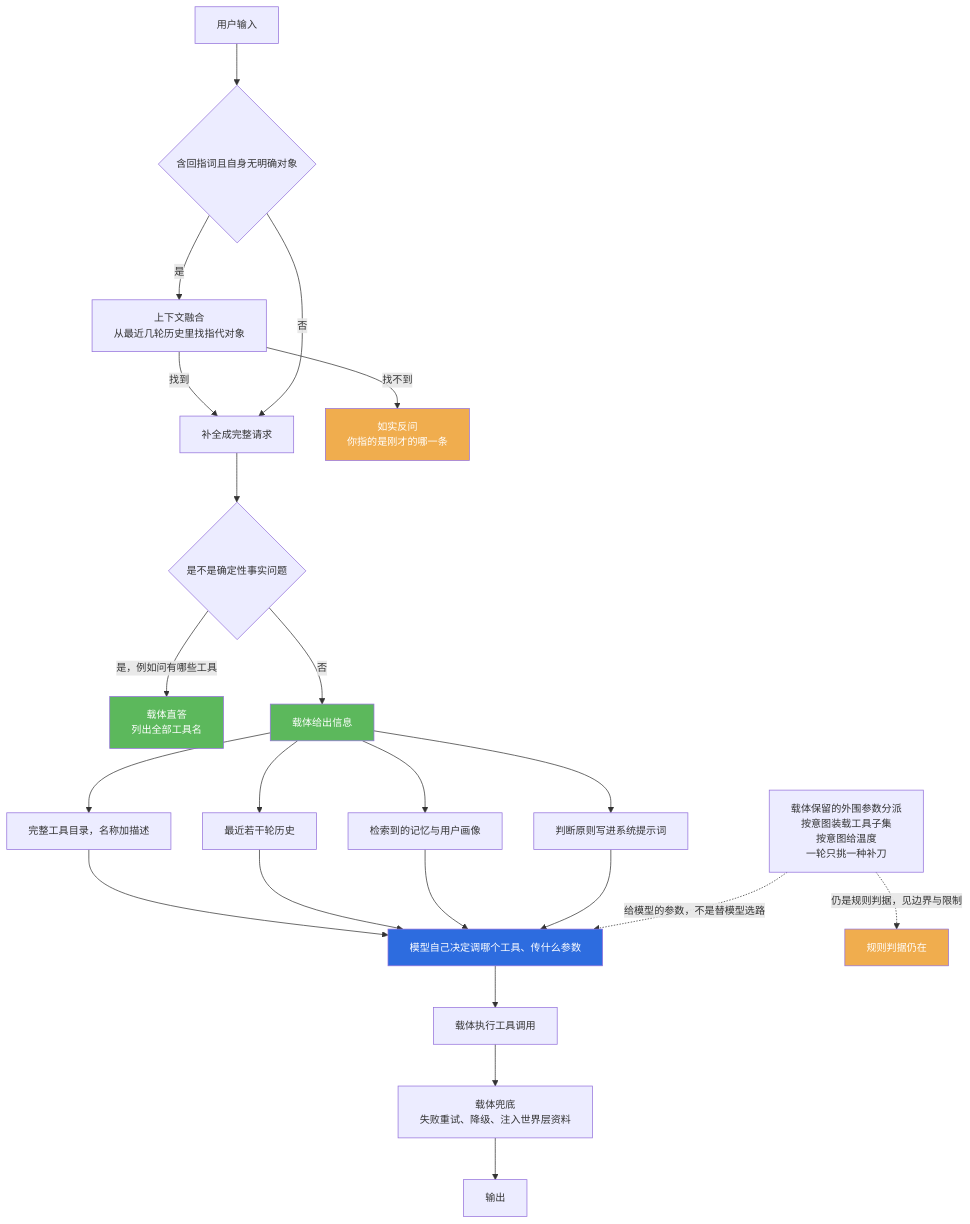
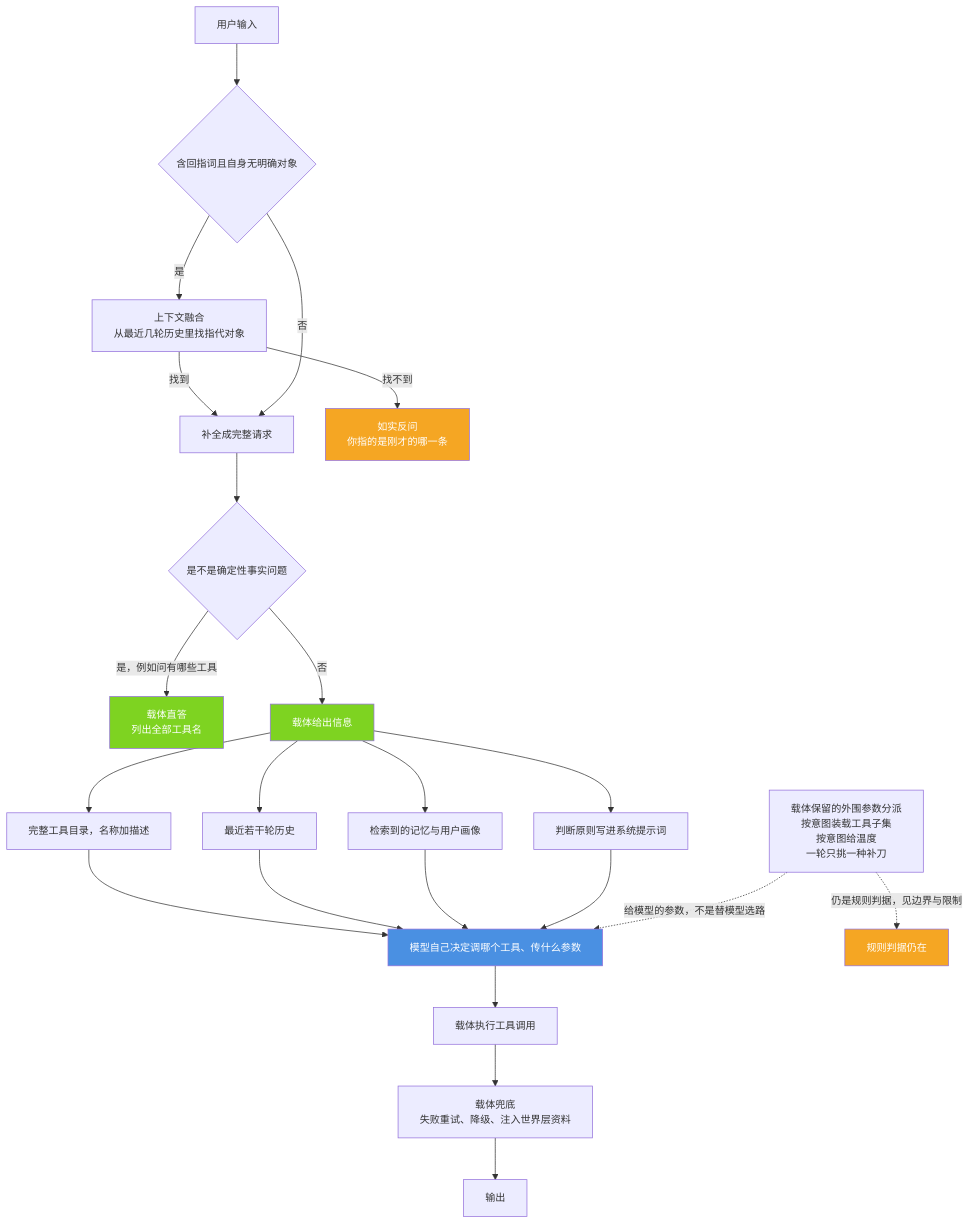
Before and after one commit to jiangchuangege/xiaojiao-harnees: the seventh of 9 diagrams in docs/modules/11-post-chapters.md, drawn with Mermaid. The commit also changed other lines of this file and 32 other files, not shown here.

Commit message:
统一：全仓原理图配色到一套调色板 + 给 12 张灰图补色 + 修正自己会睡那张过期图

````diff
--- a/docs/modules/11-post-chapters.md
+++ b/docs/modules/11-post-chapters.md
@@ -1177,35 +1177,35 @@
 ```mermaid
 %%{init: {"themeVariables": {"fontSize": "14px"}, "flowchart": {"htmlLabels": true, "wrappingWidth": 330, "nodeSpacing": 44, "rankSpacing": 58, "useMaxWidth": true}}}%%
 flowchart TB
     U["用户输入"] --> FUSE{"含回指词且自身无明确对象"}
     FUSE -->|"是"| MERGE["上下文融合<br/>从最近几轮历史里找指代对象"]
     MERGE -->|"找到"| FULL["补全成完整请求"]
     MERGE -->|"找不到"| ASK["如实反问<br/>你指的是刚才的哪一条"]
     FUSE -->|"否"| FULL
 
     FULL --> SHORT{"是不是确定性事实问题"}
     SHORT -->|"是，例如问有哪些工具"| DIRECT["载体直答<br/>列出全部工具名"]
     SHORT -->|"否"| GIVE["载体给出信息"]
 
     GIVE --> G1["完整工具目录，名称加描述"]
     GIVE --> G2["最近若干轮历史"]
     GIVE --> G3["检索到的记忆与用户画像"]
     GIVE --> G4["判断原则写进系统提示词"]
 
     G1 --> MODEL["模型自己决定调哪个工具、传什么参数"]
     G2 --> MODEL
     G3 --> MODEL
     G4 --> MODEL
 
     MODEL --> EXEC["载体执行工具调用"]
     EXEC --> FALL["载体兜底<br/>失败重试、降级、注入世界层资料"]
     FALL --> OUT["输出"]
 
     AUX["载体保留的外围参数分派<br/>按意图装载工具子集<br/>按意图给温度<br/>一轮只挑一种补刀"] -.->|"给模型的参数，不是替模型选路"| MODEL
     AUX -.->|"仍是规则判据，见边界与限制"| AUXN["规则判据仍在"]
-    style MODEL fill:#2d6cdf,color:#fff
-    style GIVE fill:#5cb85c,color:#fff
-    style DIRECT fill:#5cb85c,color:#fff
-    style ASK fill:#f0ad4e,color:#fff
-    style AUXN fill:#f0ad4e,color:#fff
+    style MODEL fill:#4A90E2,color:#fff
+    style GIVE fill:#7ED321,color:#fff
+    style DIRECT fill:#7ED321,color:#fff
+    style ASK fill:#F5A623,color:#fff
+    style AUXN fill:#F5A623,color:#fff
 ```
````
